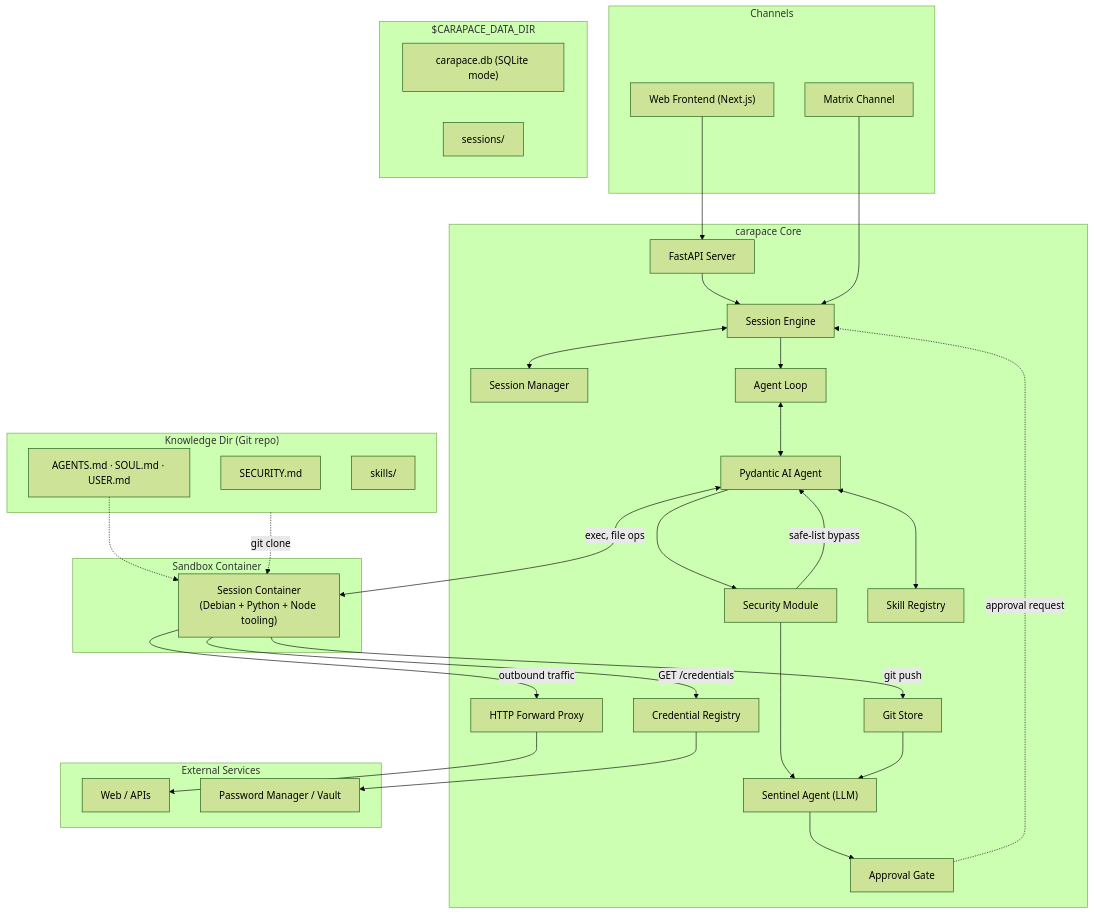
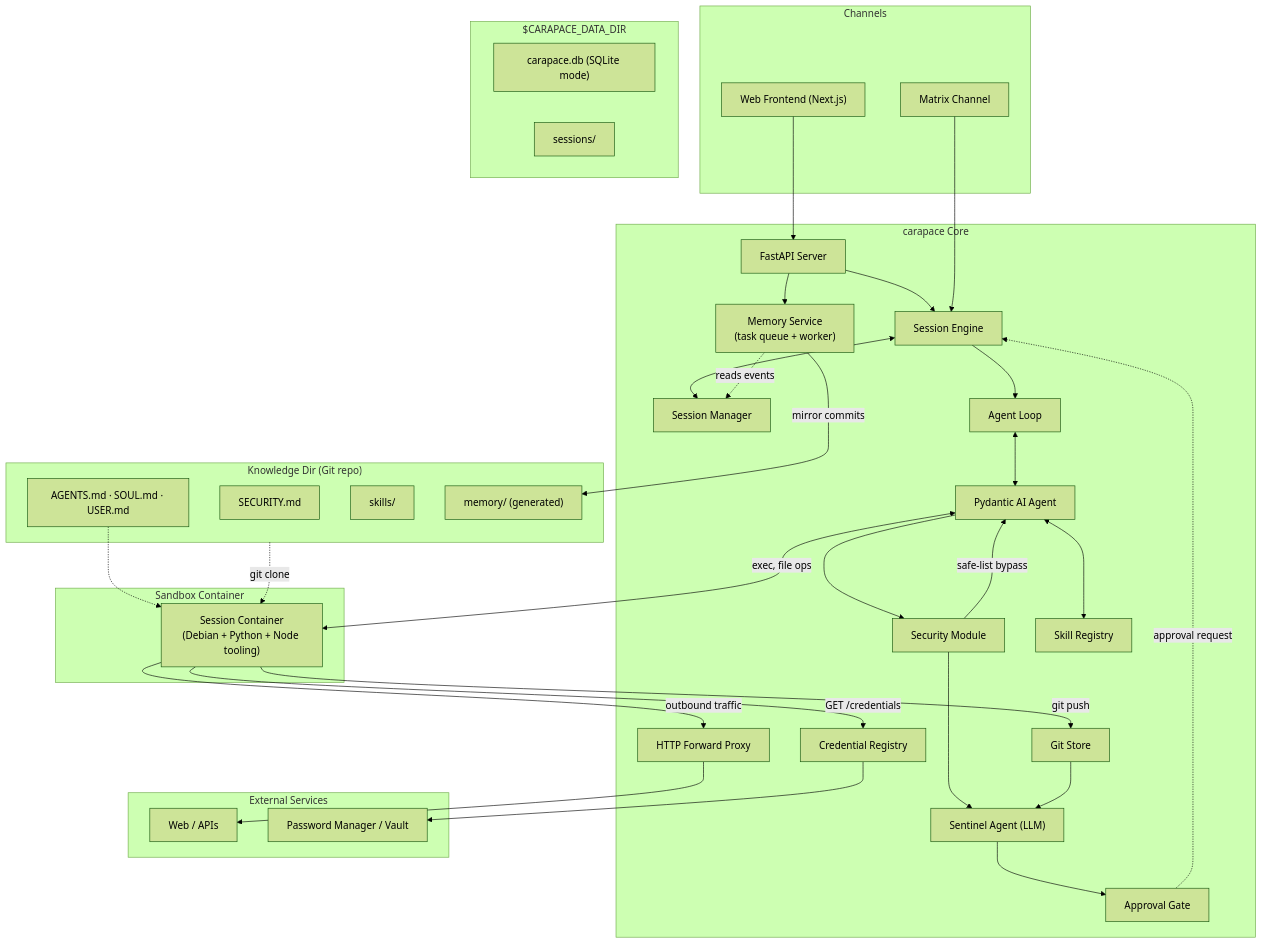
The first of 3 diagrams in docs/architecture.md (thiesgerken/carapace), drawn with Mermaid (forest theme) before and after one commit. The commit also changed other lines of this file and 5 other files, not shown here.

````diff
--- a/docs/architecture.md
+++ b/docs/architecture.md
@@ -7,66 +7,72 @@
 ```mermaid
 flowchart TB
     subgraph channels [Channels]
         WebUI["Web Frontend (Next.js)"]
         MatrixCh[Matrix Channel]
     end
 
     subgraph carapace [carapace Core]
         Server[FastAPI Server]
         SessionEngine[Session Engine]
         SessionMgr[Session Manager]
         SecurityMod["Security Module"]
         Sentinel["Sentinel Agent (LLM)"]
         ApprovalGate[Approval Gate]
         AgentLoop[Agent Loop]
         Agent["Pydantic AI Agent"]
         SkillRegistry[Skill Registry]
         GitStore[Git Store]
         CredentialRegistry[Credential Registry]
         Proxy[HTTP Forward Proxy]
+        MemorySvc["Memory Service<br/>(task queue + worker)"]
     end
 
     subgraph sandbox [Sandbox Container]
         Container["Session Container<br/>(Debian + Python + Node tooling)"]
     end
 
     subgraph external [External Services]
         Web[Web / APIs]
         Vault[Password Manager / Vault]
     end
 
     subgraph datadir ["$CARAPACE_DATA_DIR"]
         DBFile["carapace.db (SQLite mode)"]
         Sessions[sessions/]
     end
 
     subgraph knowledgedir ["Knowledge Dir (Git repo)"]
         SecurityPolicy[SECURITY.md]
         WorkspaceFiles["AGENTS.md · SOUL.md · USER.md"]
         Skills[skills/]
+        MemoryMirror["memory/ (generated)"]
     end
 
     WebUI --> Server
     Server --> SessionEngine
     MatrixCh --> SessionEngine
     SessionEngine <--> SessionMgr
     SessionEngine --> AgentLoop
     AgentLoop <--> Agent
     Agent <--> SkillRegistry
     Agent --> SecurityMod
     SecurityMod -->|safe-list bypass| Agent
     SecurityMod --> Sentinel
     Sentinel --> ApprovalGate
     ApprovalGate -.->|approval request| SessionEngine
 
     Agent <-->|exec, file ops| Container
     Container -->|outbound traffic| Proxy
     Proxy --> Web
     Container -->|git push| GitStore
     Container -->|GET /credentials| CredentialRegistry
     CredentialRegistry --> Vault
     GitStore --> Sentinel
 
+    Server --> MemorySvc
+    MemorySvc -.->|reads events| SessionMgr
+    MemorySvc -->|mirror commits| MemoryMirror
+
     knowledgedir -.->|git clone| Container
     WorkspaceFiles -.-> Container
 ```
````
